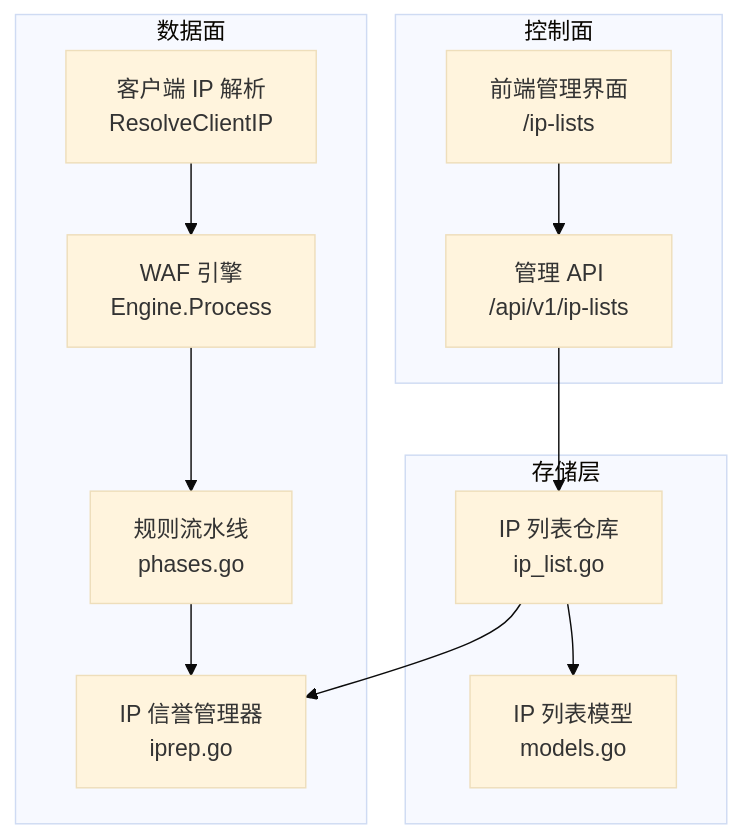
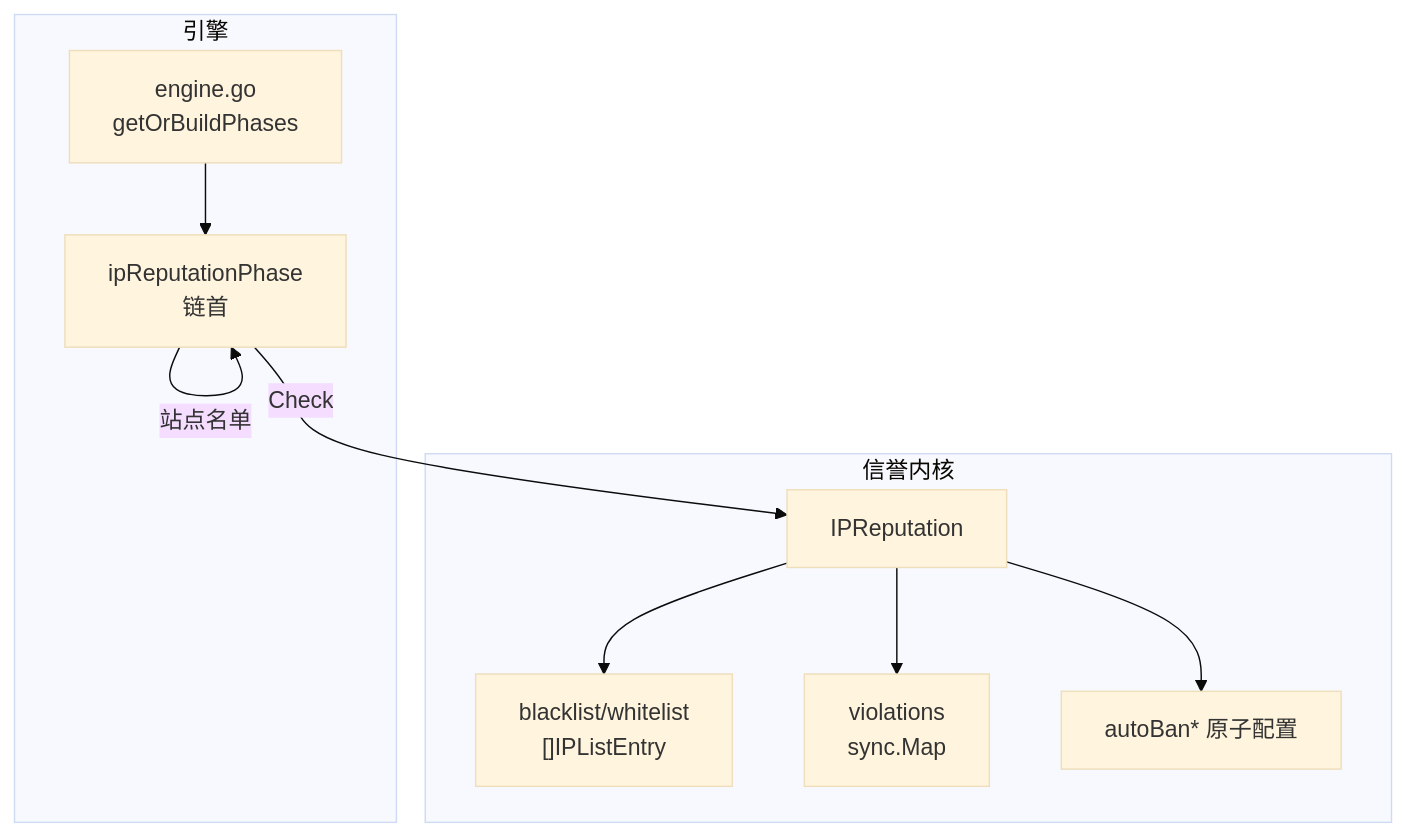
The first of 6 diagrams in docs/WAF 引擎系统/处理阶段详解/IP 信誉检查阶段.md (x01n/My-OpenWaf), drawn with Mermaid (base theme) before and after one commit. The commit also changed other lines of this file and 622 other files, not shown here.

````diff
--- a/docs/WAF 引擎系统/处理阶段详解/IP 信誉检查阶段.md
+++ b/docs/WAF 引擎系统/处理阶段详解/IP 信誉检查阶段.md
@@ -41,24 +46,19 @@
 ```mermaid
 graph TB
-subgraph "控制面"
-AdminUI["前端管理界面<br/>/ip-lists"]
-AdminAPI["管理 API<br/>/api/v1/ip-lists"]
+subgraph "引擎"
+Engine["engine.go<br/>getOrBuildPhases"]
+Phase["ipReputationPhase<br/>链首"]
 end
-subgraph "数据面"
-ClientIP["客户端 IP 解析<br/>ResolveClientIP"]
-Engine["WAF 引擎<br/>Engine.Process"]
-Pipeline["规则流水线<br/>phases.go"]
-IPRep["IP 信誉管理器<br/>iprep.go"]
+subgraph "信誉内核"
+Rep["IPReputation"]
+Lists["blacklist/whitelist<br/>[]IPListEntry"]
+Viol["violations<br/>sync.Map"]
+Auto["autoBan* 原子配置"]
 end
-subgraph "存储层"
-Repo["IP 列表仓库<br/>ip_list.go"]
-Model["IP 列表模型<br/>models.go"]
-end
-AdminUI --> AdminAPI
-AdminAPI --> Repo
-Repo --> Model
-ClientIP --> Engine
-Engine --> Pipeline
-Pipeline --> IPRep
-Repo --> IPRep
+Engine --> Phase
+Phase -->|站点名单| Phase
+Phase -->|Check| Rep
+Rep --> Lists
+Rep --> Viol
+Rep --> Auto
 ```
````
